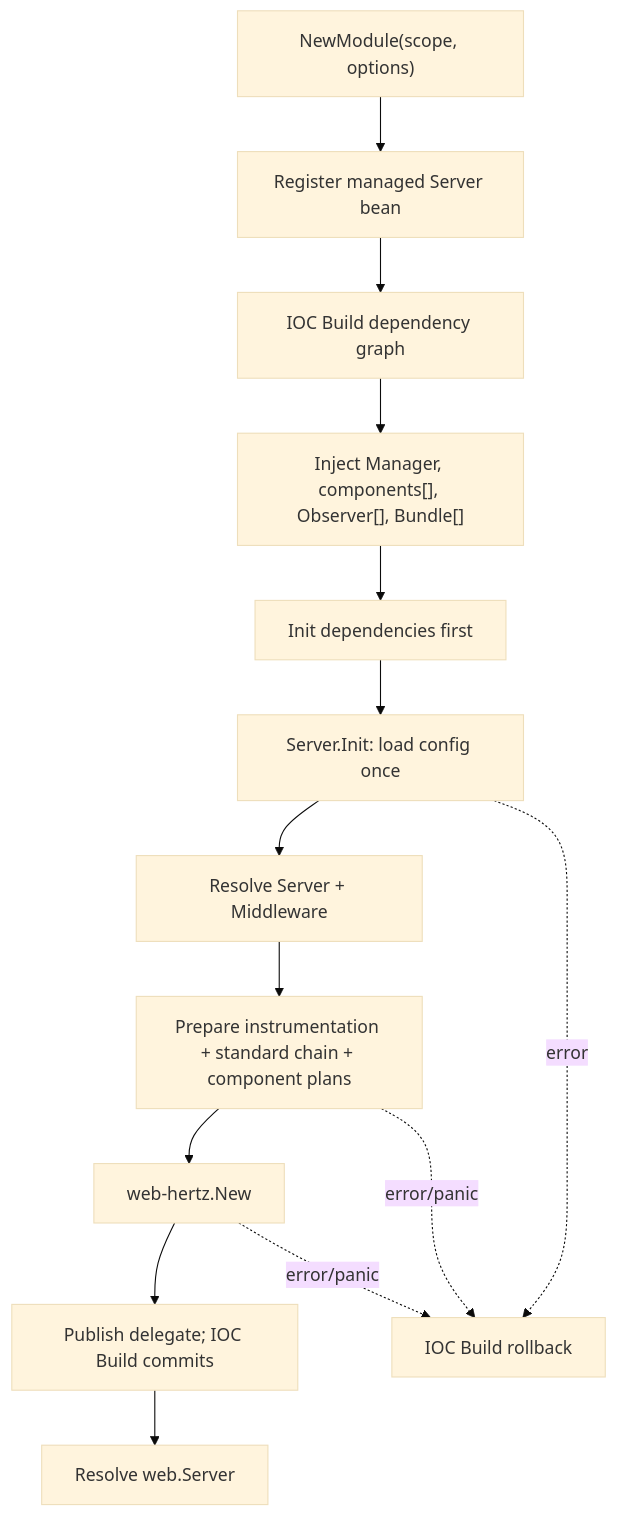
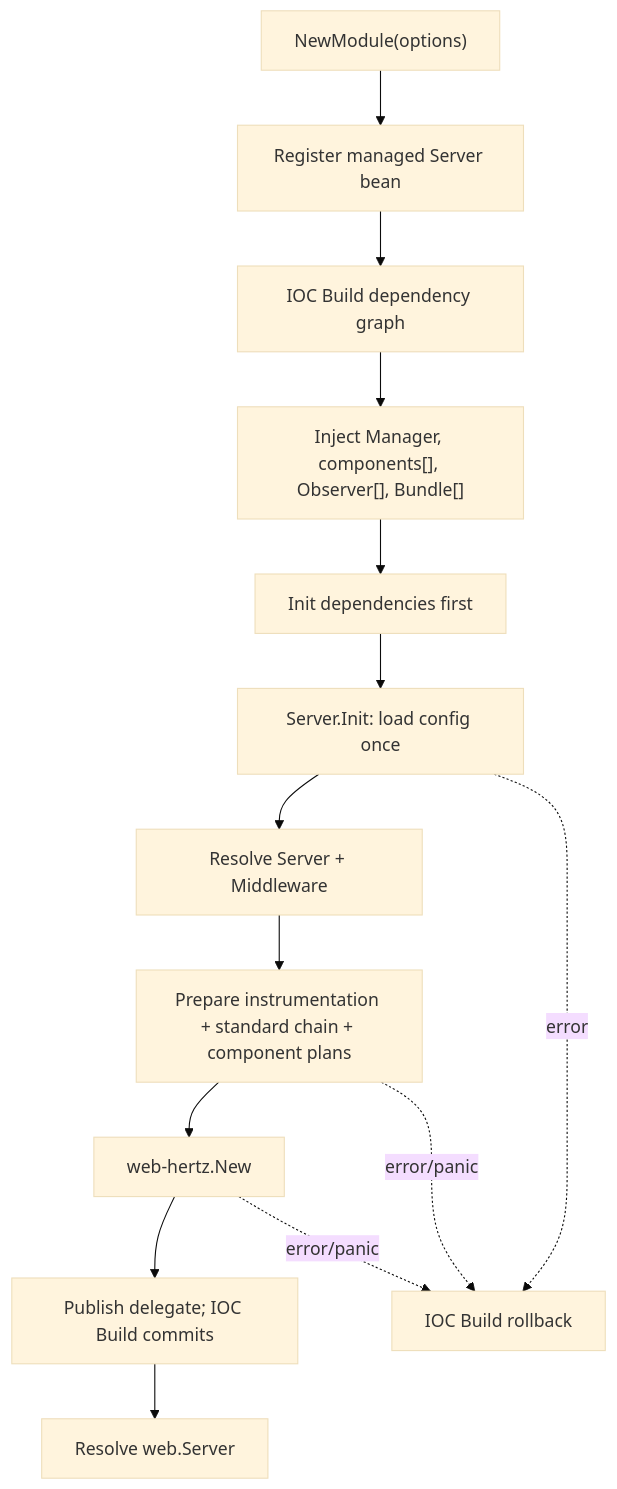
One commit to yangzhuangqiu/gobase changed the second of 2 diagrams in docs/architecture/app-web-hertz-design.md. Above: the diagram before and after it, drawn with Mermaid (base theme). The commit also changed other lines of this file and 72 other files, not shown here.

````diff
--- a/docs/architecture/app-web-hertz-design.md
+++ b/docs/architecture/app-web-hertz-design.md
@@ -115,16 +118,16 @@
 ```mermaid
 flowchart TD
-    D["NewModule(scope, options)"] --> R["Register managed Server bean"]
+    D["NewModule(options)"] --> R["Register managed Server bean"]
     R --> B["IOC Build dependency graph"]
     B --> J["Inject Manager, components[], Observer[], Bundle[]"]
     J --> C["Init dependencies first"]
     C --> L["Server.Init: load config once"]
     L --> S["Resolve Server + Middleware"]
     S --> P["Prepare instrumentation + standard chain + component plans"]
     P --> H["web-hertz.New"]
     H --> K["Publish delegate; IOC Build commits"]
     K --> X["Resolve web.Server"]
     L -. error .-> F["IOC Build rollback"]
     P -. error/panic .-> F
     H -. error/panic .-> F
 ```
````
